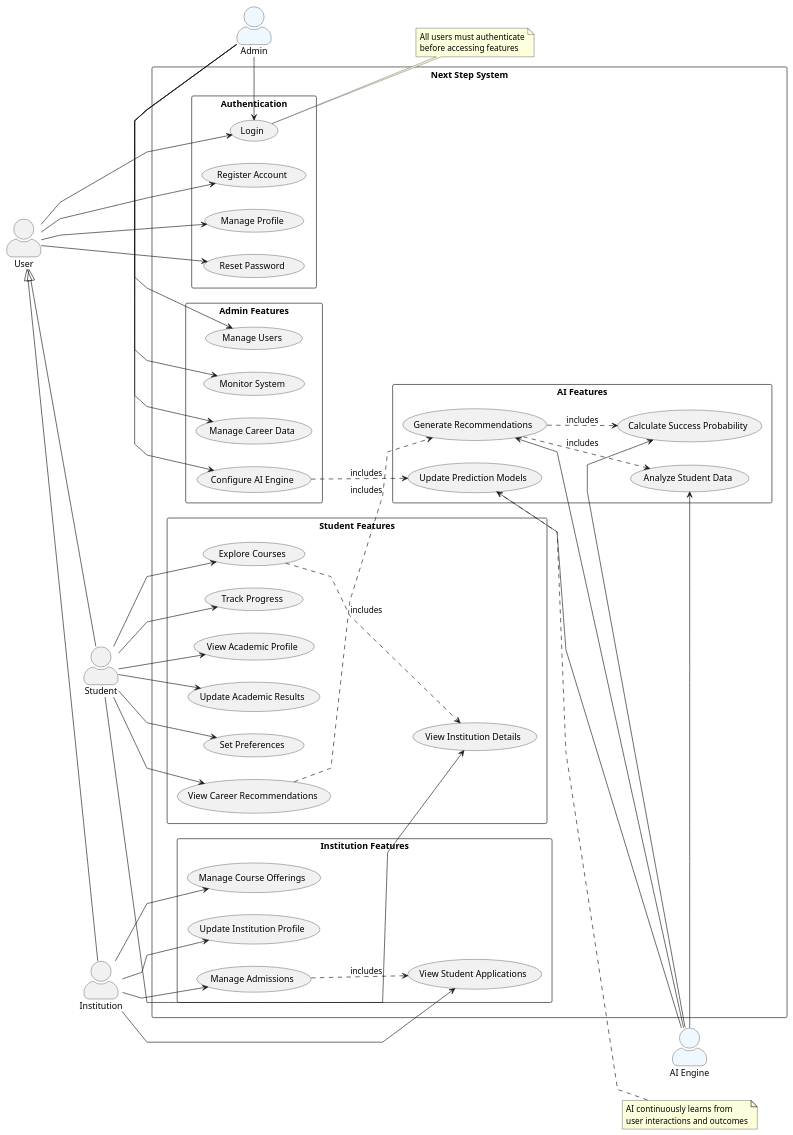
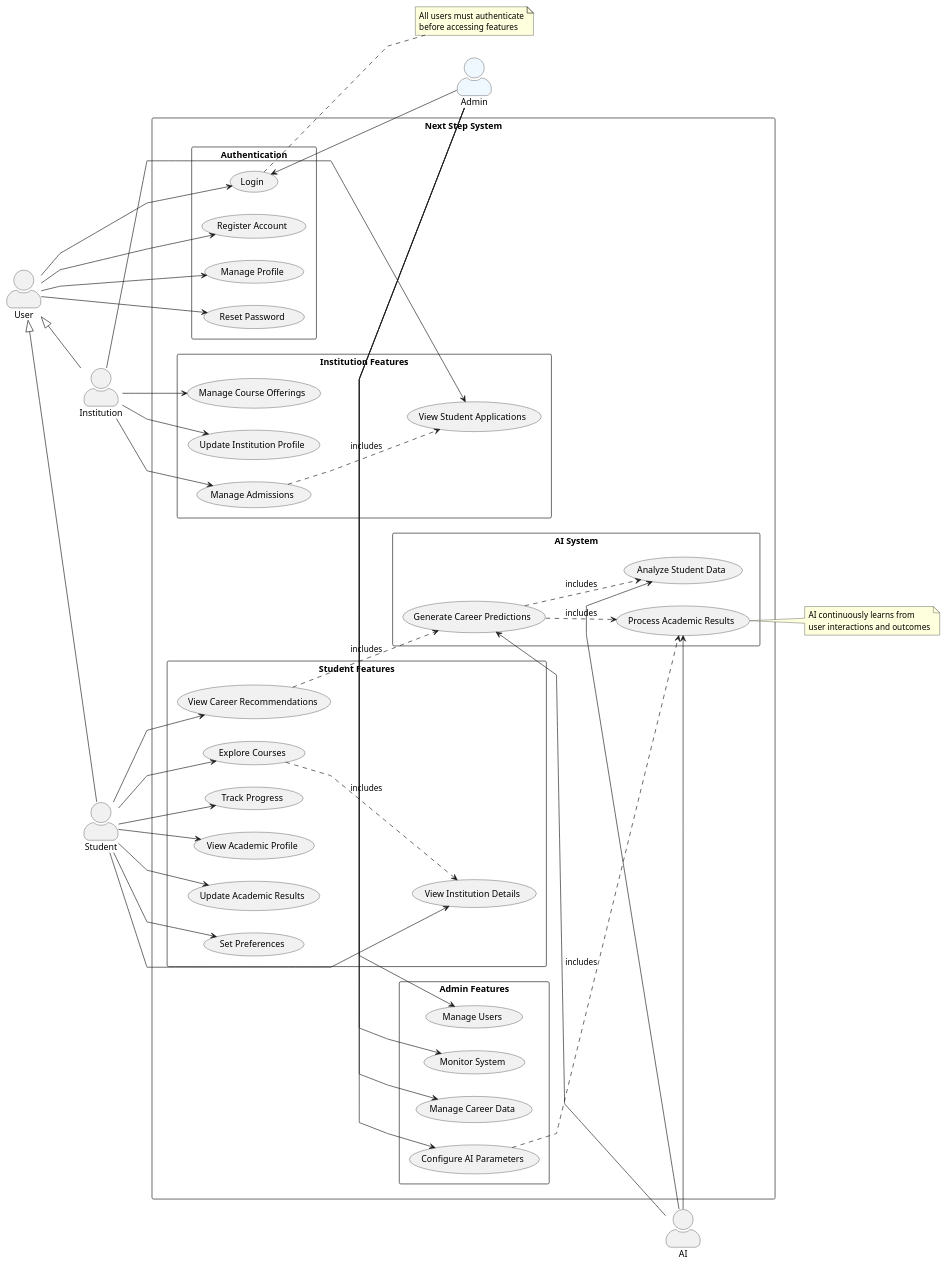
One commit to AdithyaSean/Next-Step changed the diagram in docs/diagrams/usecase/usecase-diagram.puml. Above: the diagram before and after it, drawn with PlantUML. The commit also changed 5 other files, not shown here.

Commit message:
Add authentication and registration sequence diagrams; update class and use case diagrams

```diff
--- a/docs/diagrams/usecase/usecase-diagram.puml
+++ b/docs/diagrams/usecase/usecase-diagram.puml
@@ -1,117 +1,114 @@
 @startuml Next Step Use Cases
 
 left to right direction
 
 ' Style configurations
 skinparam actorStyle awesome
 skinparam packageStyle rectangle
 skinparam usecaseStyle roundbox
 skinparam shadowing false
 skinparam linetype polyline
 
 ' Actors
 actor "User" as User
 actor "Student" as Student
 actor "Institution" as Institution
-actor "AI Engine" as AI #AliceBlue
 actor "Admin" as Administrator #AliceBlue
 
 ' Inheritance relationships
 Student -up-|> User
 Institution -up-|> User
 
 ' Main package
 package "Next Step System" {
     ' Authentication package
     package "Authentication" {
         usecase "Register Account" as Register
         usecase "Login" as Login
         usecase "Manage Profile" as ManageProfile
         usecase "Reset Password" as ResetPwd
     }
 
     ' Student Features package
     package "Student Features" {
         usecase "View Academic Profile" as ViewProfile
         usecase "Update Academic Results" as UpdateResults
         usecase "Set Preferences" as SetPreferences
         usecase "View Career Recommendations" as ViewRecommendations
         usecase "Explore Courses" as ExploreCourses
         usecase "Track Progress" as TrackProgress
         usecase "View Institution Details" as ViewInstitutions
     }
 
     ' Institution Features package
     package "Institution Features" {
         usecase "Manage Course Offerings" as ManageCourses
         usecase "Update Institution Profile" as UpdateInstitution
         usecase "View Student Applications" as ViewApplications
         usecase "Manage Admissions" as ManageAdmissions
     }
 
+    ' AI System package
+    package "AI System" {
+        usecase "Generate Career Predictions" as GeneratePredictions
+        usecase "Analyze Student Data" as AnalyzeData
+        usecase "Process Academic Results" as ProcessResults
+    }
+
     ' Admin Features package
     package "Admin Features" {
         usecase "Manage Users" as ManageUsers
         usecase "Monitor System" as MonitorSystem
         usecase "Manage Career Data" as ManageCareerData
-        usecase "Configure AI Engine" as ConfigureAI
-    }
-
-    ' AI Features package
-    package "AI Features" {
-        usecase "Generate Recommendations" as GenerateRecommendations
-        usecase "Analyze Student Data" as AnalyzeData
-        usecase "Calculate Success Probability" as CalculateProbability
-        usecase "Update Prediction Models" as UpdateModels
+        usecase "Configure AI Parameters" as ConfigureAI
     }
 }
 
 ' Base user relationships
 User --> Register
 User --> Login
 User --> ManageProfile
 User --> ResetPwd
 
 ' Student specific relationships
 Student --> ViewProfile
 Student --> UpdateResults
 Student --> SetPreferences
 Student --> ViewRecommendations
 Student --> ExploreCourses
 Student --> TrackProgress
 Student --> ViewInstitutions
 
 ' Institution specific relationships
 Institution --> ManageCourses
 Institution --> UpdateInstitution
 Institution --> ViewApplications
 Institution --> ManageAdmissions
 
 ' Supporting actors (right side)
 Administrator -left-> Login
 Administrator -left-> ManageUsers
 Administrator -left-> MonitorSystem
 Administrator -left-> ManageCareerData
 Administrator -left-> ConfigureAI
 
-AI -left-> GenerateRecommendations
+AI -left-> GeneratePredictions
 AI -left-> AnalyzeData
-AI -left-> CalculateProbability
-AI -left-> UpdateModels
+AI -left-> ProcessResults
 
 ' Dependencies
-ViewRecommendations ..> GenerateRecommendations : includes
-GenerateRecommendations ..> AnalyzeData : includes
-GenerateRecommendations ..> CalculateProbability : includes
-ConfigureAI ..> UpdateModels : includes
+ViewRecommendations ..> GeneratePredictions : includes
+GeneratePredictions ..> AnalyzeData : includes
+GeneratePredictions ..> ProcessResults : includes
+ConfigureAI ..> ProcessResults : includes
 ExploreCourses ..> ViewInstitutions : includes
 ManageAdmissions ..> ViewApplications : includes
 
 ' Notes
 note "All users must authenticate\nbefore accessing features" as N1
 Login .. N1
 
 note "AI continuously learns from\nuser interactions and outcomes" as N2
-UpdateModels .. N2
+ProcessResults .. N2
 
 @enduml
```
